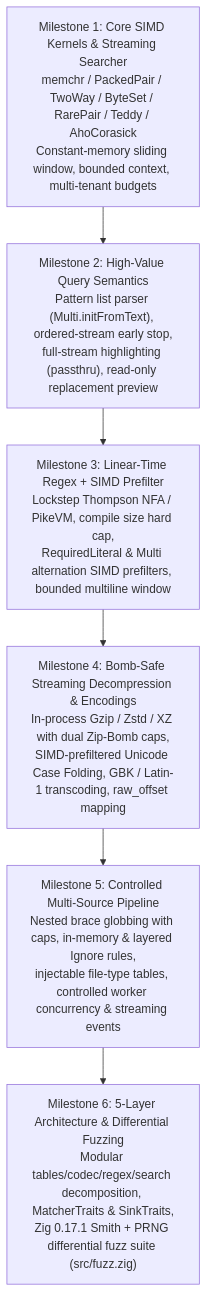
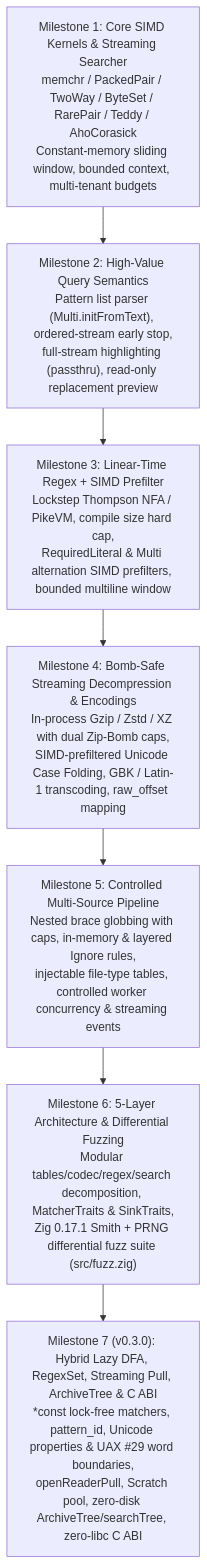
Before and after one commit to fun7257/libwebgrep: the diagram in docs/ROADMAP.md, drawn with Mermaid. The commit also changed other lines of this file and 56 other files, not shown here.

Commit message:
feat: release v0.3.0 (F1-F14: Lazy DFA, RegexSet, C ABI, ArchiveTree, Pull Reader, SIMD & Unicode upgrades)

````diff
--- a/docs/ROADMAP.md
+++ b/docs/ROADMAP.md
@@ -7,8 +7,9 @@
 ```mermaid
 flowchart TD
     M0["Milestone 1: Core SIMD Kernels & Streaming Searcher<br/>memchr / PackedPair / TwoWay / ByteSet / RarePair / Teddy / AhoCorasick<br/>Constant-memory sliding window, bounded context, multi-tenant budgets"] --> M1["Milestone 2: High-Value Query Semantics<br/>Pattern list parser (Multi.initFromText), ordered-stream early stop,<br/>full-stream highlighting (passthru), read-only replacement preview"]
     M1 --> M2["Milestone 3: Linear-Time Regex + SIMD Prefilter<br/>Lockstep Thompson NFA / PikeVM, compile size hard cap,<br/>RequiredLiteral & Multi alternation SIMD prefilters, bounded multiline window"]
     M2 --> M3["Milestone 4: Bomb-Safe Streaming Decompression & Encodings<br/>In-process Gzip / Zstd / XZ with dual Zip-Bomb caps,<br/>SIMD-prefiltered Unicode Case Folding, GBK / Latin-1 transcoding, raw_offset mapping"]
     M3 --> M4["Milestone 5: Controlled Multi-Source Pipeline<br/>Nested brace globbing with caps, in-memory & layered Ignore rules,<br/>injectable file-type tables, controlled worker concurrency & streaming events"]
     M4 --> M5["Milestone 6: 5-Layer Architecture & Differential Fuzzing<br/>Modular tables/codec/regex/search decomposition, MatcherTraits & SinkTraits,<br/>Zig 0.17.1 Smith + PRNG differential fuzz suite (src/fuzz.zig)"]
+    M5 --> M6["Milestone 7 (v0.3.0): Hybrid Lazy DFA, RegexSet, Streaming Pull, ArchiveTree & C ABI<br/>*const lock-free matchers, pattern_id, Unicode properties & UAX #29 word boundaries,<br/>openReaderPull, Scratch pool, zero-disk ArchiveTree/searchTree, zero-libc C ABI"]
 ```
````
